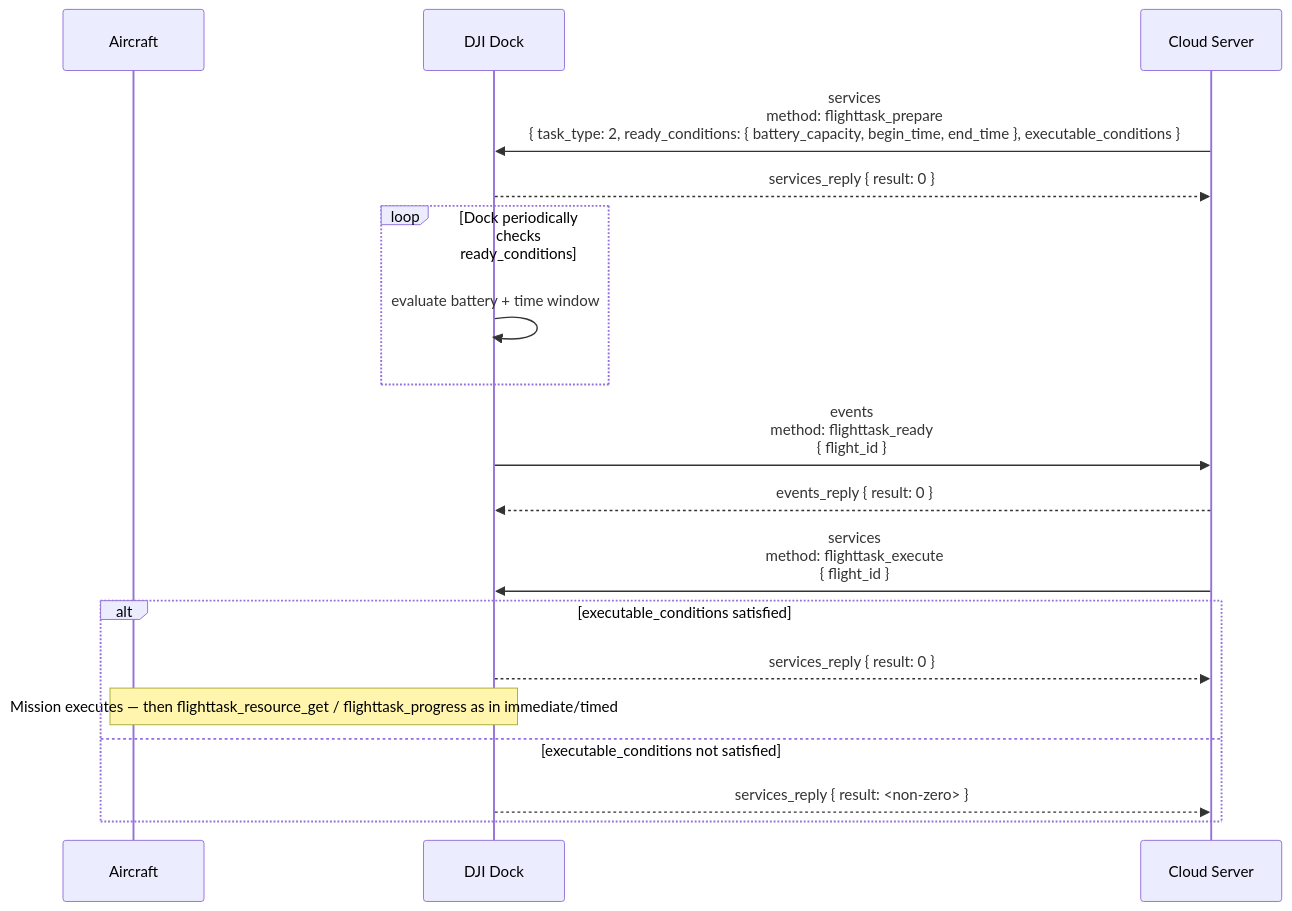
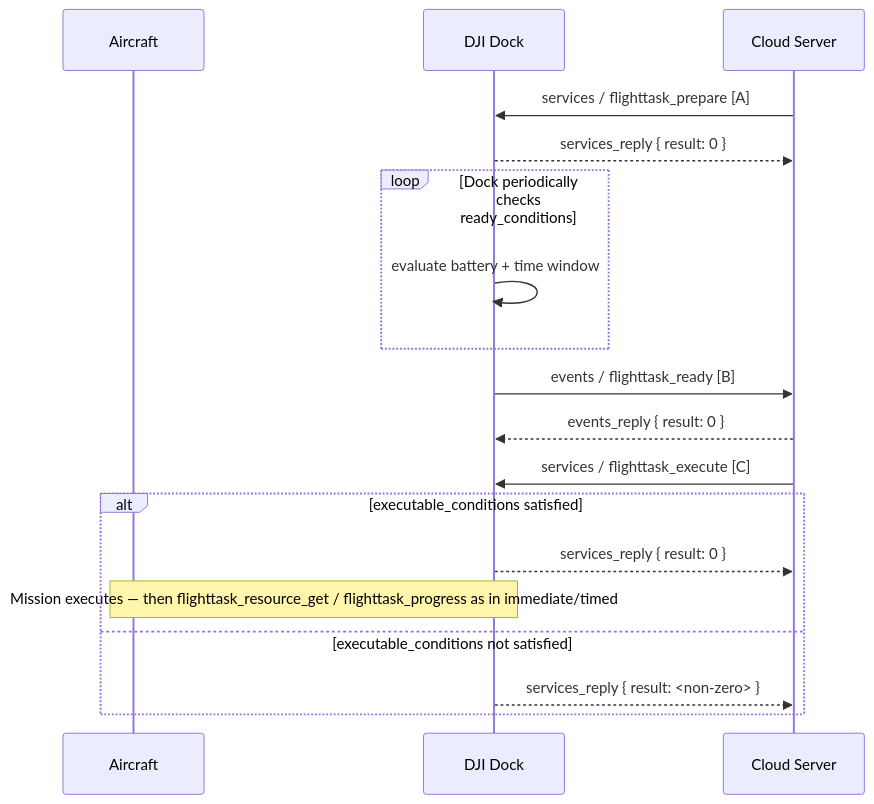
The third of 3 diagrams in master-docs/workflows/wayline-upload-and-execution.md (larry-watkins-wps/DJI-docs-master), drawn with Mermaid before and after one commit. The commit also changed other lines of this file and 10 other files, not shown here.

First line of the commit message:
docs: beautify workflow mermaid diagrams with separate JSON payload blocks

````diff
--- a/master-docs/workflows/wayline-upload-and-execution.md
+++ b/master-docs/workflows/wayline-upload-and-execution.md
@@ -104,24 +415,24 @@
 ```mermaid
 sequenceDiagram
     participant aircraft as Aircraft
     participant dock as DJI Dock
     participant cloud as Cloud Server
 
-    cloud ->> dock: services<br/>method: flighttask_prepare<br/>{ task_type: 2, ready_conditions: { battery_capacity, begin_time, end_time }, executable_conditions }
+    cloud ->> dock: services / flighttask_prepare   [A]
     dock -->> cloud: services_reply { result: 0 }
 
     loop Dock periodically checks ready_conditions
         dock ->> dock: evaluate battery + time window
     end
 
-    dock ->> cloud: events<br/>method: flighttask_ready<br/>{ flight_id }
+    dock ->> cloud: events / flighttask_ready   [B]
     cloud -->> dock: events_reply { result: 0 }
 
-    cloud ->> dock: services<br/>method: flighttask_execute<br/>{ flight_id }
+    cloud ->> dock: services / flighttask_execute   [C]
     alt executable_conditions satisfied
         dock -->> cloud: services_reply { result: 0 }
         note over aircraft,dock: Mission executes — then flighttask_resource_get / flighttask_progress as in immediate/timed
     else executable_conditions not satisfied
         dock -->> cloud: services_reply { result: <non-zero> }
     end
 ```
````
